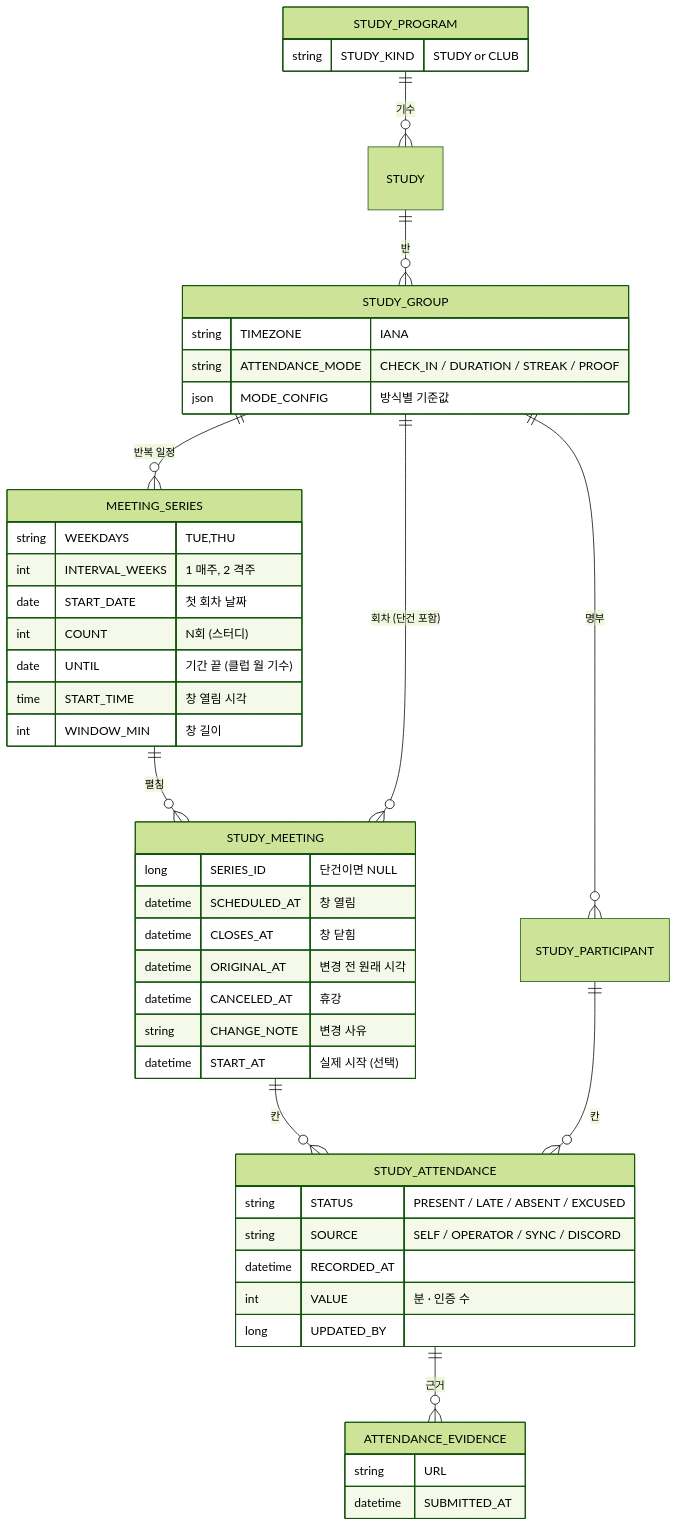
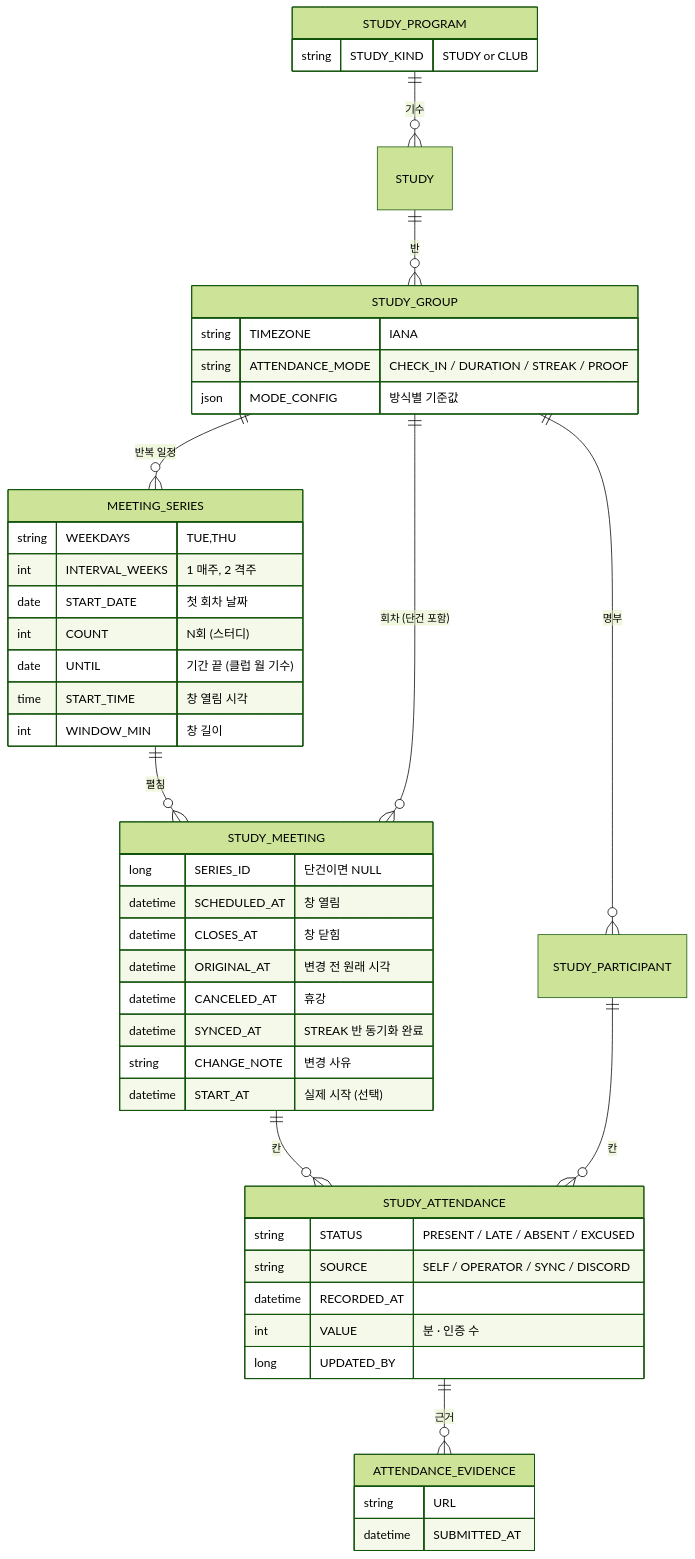
Before and after one commit to StudyClub-PlusPlus/studyclub-engineering: the diagram in docs/flows/README.md, drawn with Mermaid (forest theme). The commit also changed 6 other files, not shown here.

First line of the commit message:
docs(flows): 흐름 문서끼리 어긋난 곳 5개 맞춤

````diff
--- a/docs/flows/README.md
+++ b/docs/flows/README.md
@@ -86,50 +86,51 @@
 ```mermaid
 erDiagram
     STUDY_PROGRAM ||--o{ STUDY : "기수"
     STUDY ||--o{ STUDY_GROUP : "반"
     STUDY_GROUP ||--o{ MEETING_SERIES : "반복 일정"
     MEETING_SERIES ||--o{ STUDY_MEETING : "펼침"
     STUDY_GROUP ||--o{ STUDY_MEETING : "회차 (단건 포함)"
     STUDY_GROUP ||--o{ STUDY_PARTICIPANT : "명부"
     STUDY_MEETING ||--o{ STUDY_ATTENDANCE : "칸"
     STUDY_PARTICIPANT ||--o{ STUDY_ATTENDANCE : "칸"
     STUDY_ATTENDANCE ||--o{ ATTENDANCE_EVIDENCE : "근거"
 
     STUDY_PROGRAM {
         string STUDY_KIND "STUDY or CLUB"
     }
     STUDY_GROUP {
         string TIMEZONE "IANA"
         string ATTENDANCE_MODE "CHECK_IN / DURATION / STREAK / PROOF"
         json MODE_CONFIG "방식별 기준값"
     }
     MEETING_SERIES {
         string WEEKDAYS "TUE,THU"
         int INTERVAL_WEEKS "1 매주, 2 격주"
         date START_DATE "첫 회차 날짜"
         int COUNT "N회 (스터디)"
         date UNTIL "기간 끝 (클럽 월 기수)"
         time START_TIME "창 열림 시각"
         int WINDOW_MIN "창 길이"
     }
     STUDY_MEETING {
         long SERIES_ID "단건이면 NULL"
         datetime SCHEDULED_AT "창 열림"
         datetime CLOSES_AT "창 닫힘"
         datetime ORIGINAL_AT "변경 전 원래 시각"
         datetime CANCELED_AT "휴강"
+        datetime SYNCED_AT "STREAK 반 동기화 완료"
         string CHANGE_NOTE "변경 사유"
         datetime START_AT "실제 시작 (선택)"
     }
     STUDY_ATTENDANCE {
         string STATUS "PRESENT / LATE / ABSENT / EXCUSED"
         string SOURCE "SELF / OPERATOR / SYNC / DISCORD"
         datetime RECORDED_AT
         int VALUE "분 · 인증 수"
         long UPDATED_BY
     }
     ATTENDANCE_EVIDENCE {
         string URL
         datetime SUBMITTED_AT
     }
 ```
````
